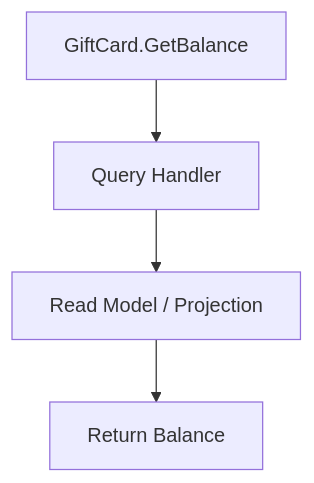
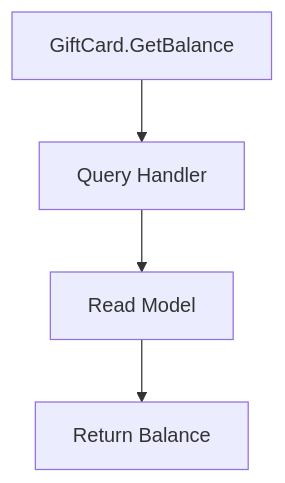
One commit to atomly/domain changed the third of 4 diagrams in docs/PDD.md. Above: the diagram before and after it, drawn with Mermaid. The commit also changed other lines of this file, not shown here.

Commit message:
Remove projection wording from read flow

````diff
--- a/docs/PDD.md
+++ b/docs/PDD.md
@@ -325,6 +325,6 @@
 ```mermaid
 flowchart TD
   Query[GiftCard.GetBalance] --> Handler[Query Handler]
-  Handler --> ReadModel[Read Model / Projection]
+  Handler --> ReadModel[Read Model]
   ReadModel --> Result[Return Balance]
 ```
````
